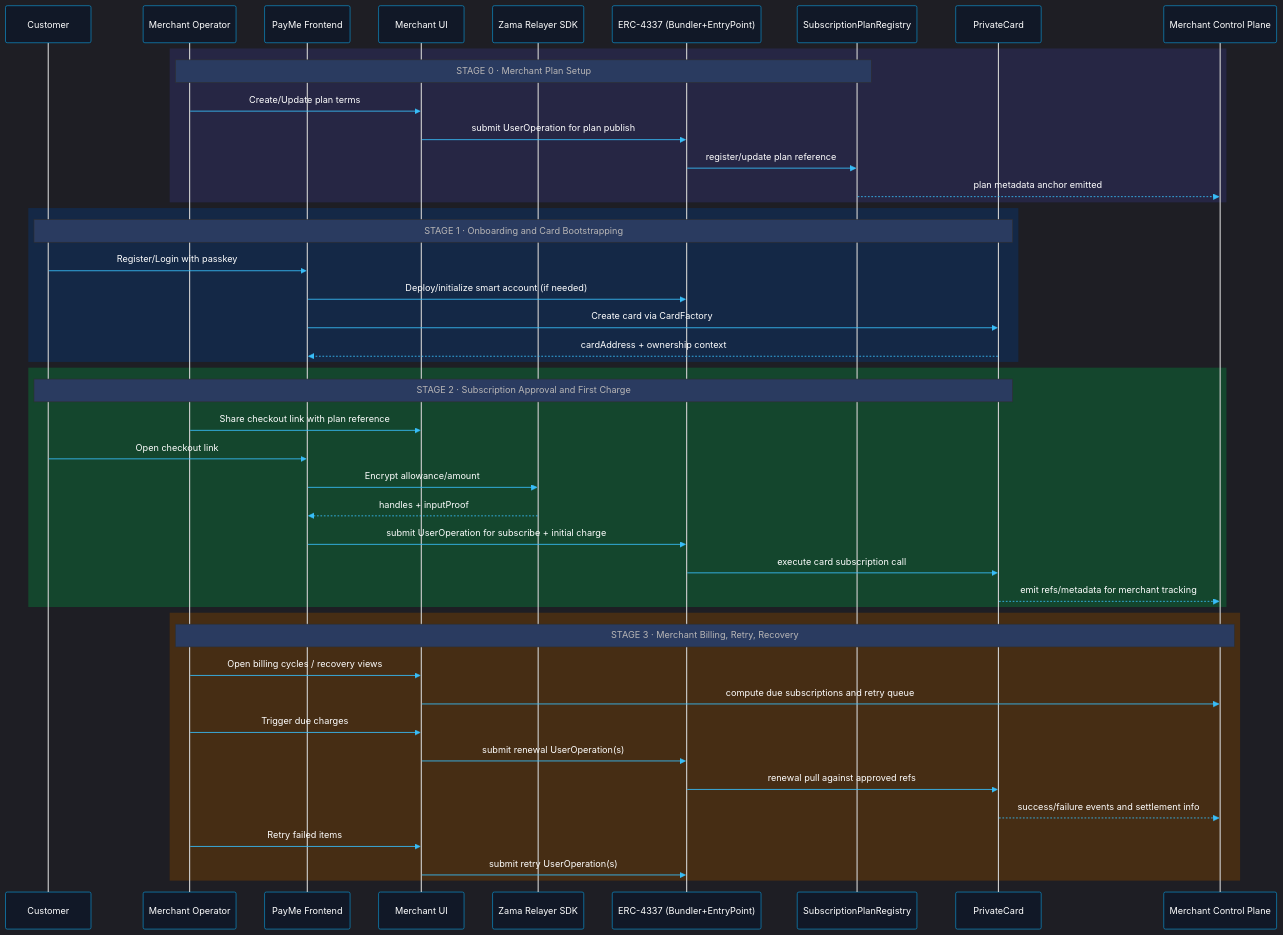
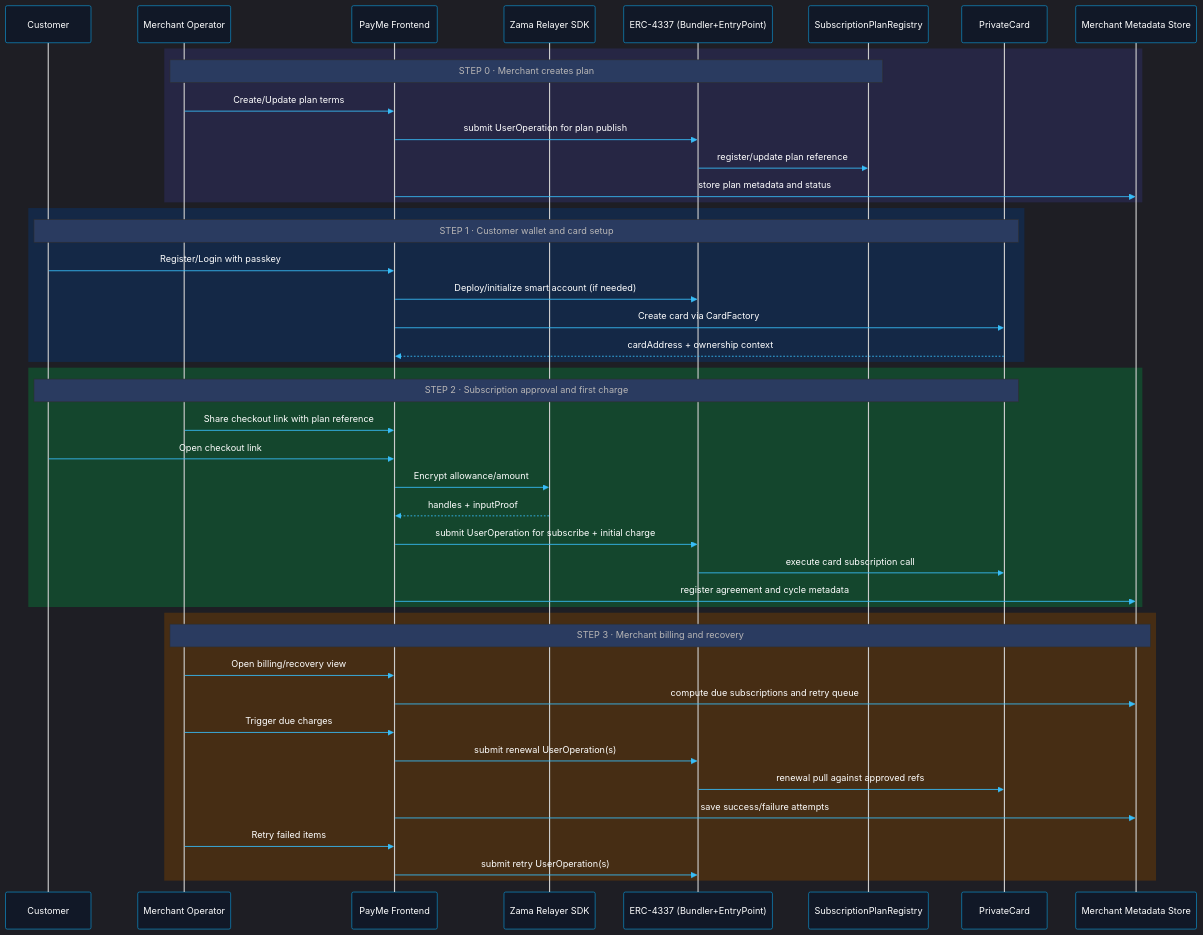
One commit to tekuuu/PayMe changed the second of 3 diagrams in README.md. Above: the diagram before and after it, drawn with Mermaid. The commit also changed other lines of this file, not shown here.

Commit message:
docs: simplify architecture diagrams and clarify core flows

````diff
--- a/README.md
+++ b/README.md
@@ -228,52 +169,51 @@
 ```mermaid
 %%{init: {'theme':'dark', 'themeVariables': { 'primaryColor':'#0ea5e9', 'primaryTextColor':'#ffffff', 'primaryBorderColor':'#0284c7', 'lineColor':'#38bdf8', 'secondaryColor':'#1e293b', 'tertiaryColor':'#334155', 'background':'#0b1220', 'mainBkg':'#111827', 'secondBkg':'#1f2937', 'labelBackground':'#1f2937', 'labelTextColor':'#ffffff', 'actorBkg':'#111827', 'actorBorder':'#0ea5e9', 'actorTextColor':'#ffffff', 'signalColor':'#38bdf8', 'signalTextColor':'#ffffff'}}}%%
 sequenceDiagram
     participant User as Customer
     participant Merchant as Merchant Operator
     participant UI as PayMe Frontend
-    participant MUI as Merchant UI
     participant SDK as Zama Relayer SDK
     participant AA as ERC-4337 (Bundler+EntryPoint)
     participant Registry as SubscriptionPlanRegistry
     participant Card as PrivateCard
-    participant CP as Merchant Control Plane
+    participant CP as Merchant Metadata Store
 
     rect rgb(38,38,68)
-        Note over Merchant,Registry: STAGE 0 · Merchant Plan Setup
-        Merchant->>MUI: Create/Update plan terms
-        MUI->>AA: submit UserOperation for plan publish
+        Note over Merchant,Registry: STEP 0 · Merchant creates plan
+        Merchant->>UI: Create/Update plan terms
+        UI->>AA: submit UserOperation for plan publish
         AA->>Registry: register/update plan reference
-        Registry-->>CP: plan metadata anchor emitted
+        UI->>CP: store plan metadata and status
     end
 
     rect rgb(20,40,70)
-        Note over User,Card: STAGE 1 · Onboarding and Card Bootstrapping
+        Note over User,Card: STEP 1 · Customer wallet and card setup
         User->>UI: Register/Login with passkey
         UI->>AA: Deploy/initialize smart account (if needed)
         UI->>Card: Create card via CardFactory
         Card-->>UI: cardAddress + ownership context
     end
 
     rect rgb(20,70,45)
-        Note over User,Card: STAGE 2 · Subscription Approval and First Charge
-        Merchant->>MUI: Share checkout link with plan reference
+        Note over User,Card: STEP 2 · Subscription approval and first charge
+        Merchant->>UI: Share checkout link with plan reference
         User->>UI: Open checkout link
         UI->>SDK: Encrypt allowance/amount
         SDK-->>UI: handles + inputProof
         UI->>AA: submit UserOperation for subscribe + initial charge
         AA->>Card: execute card subscription call
-        Card-->>CP: emit refs/metadata for merchant tracking
+        UI->>CP: register agreement and cycle metadata
     end
 
     rect rgb(70,45,20)
-        Note over Merchant,CP: STAGE 3 · Merchant Billing, Retry, Recovery
-        Merchant->>MUI: Open billing cycles / recovery views
-        MUI->>CP: compute due subscriptions and retry queue
-        Merchant->>MUI: Trigger due charges
-        MUI->>AA: submit renewal UserOperation(s)
+        Note over Merchant,CP: STEP 3 · Merchant billing and recovery
+        Merchant->>UI: Open billing/recovery view
+        UI->>CP: compute due subscriptions and retry queue
+        Merchant->>UI: Trigger due charges
+        UI->>AA: submit renewal UserOperation(s)
         AA->>Card: renewal pull against approved refs
-        Card-->>CP: success/failure events and settlement info
-        Merchant->>MUI: Retry failed items
-        MUI->>AA: submit retry UserOperation(s)
+        UI->>CP: save success/failure attempts
+        Merchant->>UI: Retry failed items
+        UI->>AA: submit retry UserOperation(s)
     end
 ```
````
